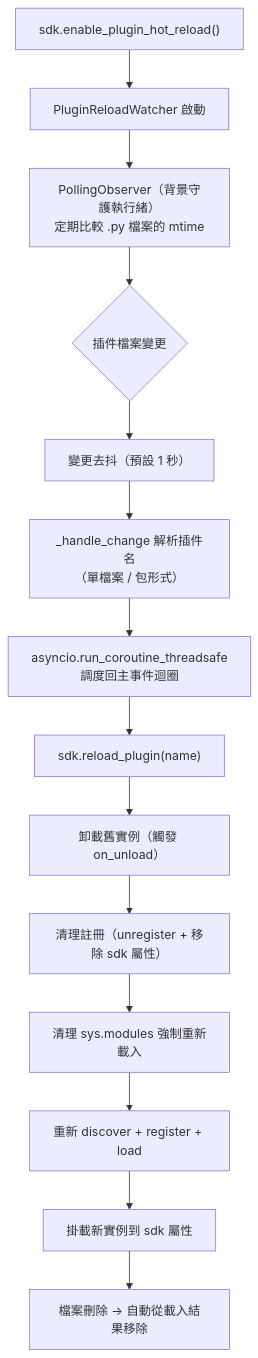
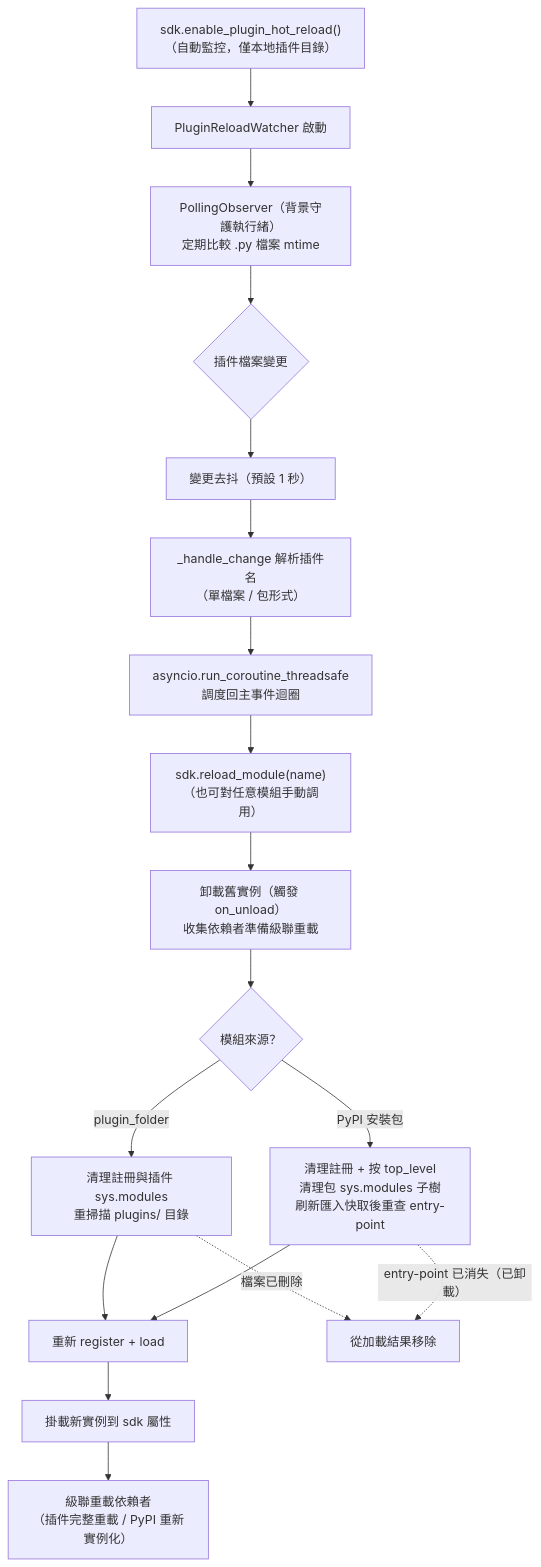
The ninth of 9 diagrams in docs/zh-TW/architecture.md (ErisPulse/ErisPulse), drawn with Mermaid before and after one commit. The commit also changed other lines of this file and 91 other files, not shown here.

````diff
--- a/docs/zh-TW/architecture.md
+++ b/docs/zh-TW/architecture.md
@@ -283,16 +283,20 @@
 ```mermaid
 flowchart TD
-    A["sdk.enable_plugin_hot_reload()"] --> B["PluginReloadWatcher 啟動"]
-    B --> C["PollingObserver（背景守護執行緒）<br/>定期比較 .py 檔案的 mtime"]
+    A["sdk.enable_plugin_hot_reload()<br/>（自動監控，僅本地插件目錄）"] --> B["PluginReloadWatcher 啟動"]
+    B --> C["PollingObserver（背景守護執行緒）<br/>定期比較 .py 檔案 mtime"]
     C --> D{"插件檔案變更"}
     D --> E["變更去抖（預設 1 秒）"]
     E --> F["_handle_change 解析插件名<br/>（單檔案 / 包形式）"]
     F --> G["asyncio.run_coroutine_threadsafe<br/>調度回主事件迴圈"]
-    G --> H["sdk.reload_plugin(name)"]
-    H --> I["卸載舊實例（觸發 on_unload）"]
-    I --> J["清理註冊（unregister + 移除 sdk 屬性）"]
-    J --> K["清理 sys.modules 強制重新載入"]
-    K --> L["重新 discover + register + load"]
-    L --> M["掛載新實例到 sdk 屬性"]
-    M --> N["檔案刪除 → 自動從載入結果移除"]
+    G --> H["sdk.reload_module(name)<br/>（也可對任意模組手動調用）"]
+    H --> I["卸載舊實例（觸發 on_unload）<br/>收集依賴者準備級聯重載"]
+    I --> J{"模組來源？"}
+    J -->|"plugin_folder"| K["清理註冊與插件 sys.modules<br/>重掃描 plugins/ 目錄"]
+    J -->|"PyPI 安裝包"| L["清理註冊 + 按 top_level<br/>清理包 sys.modules 子樹<br/>刷新匯入快取後重查 entry-point"]
+    K --> M["重新 register + load"]
+    L --> M
+    M --> N["掛載新實例到 sdk 屬性"]
+    N --> O["級聯重載依賴者<br/>（插件完整重載 / PyPI 重新實例化）"]
+    K -.->|"檔案已刪除"| P["從加載結果移除"]
+    L -.->|"entry-point 已消失（已卸載）"| P
 ```
````
